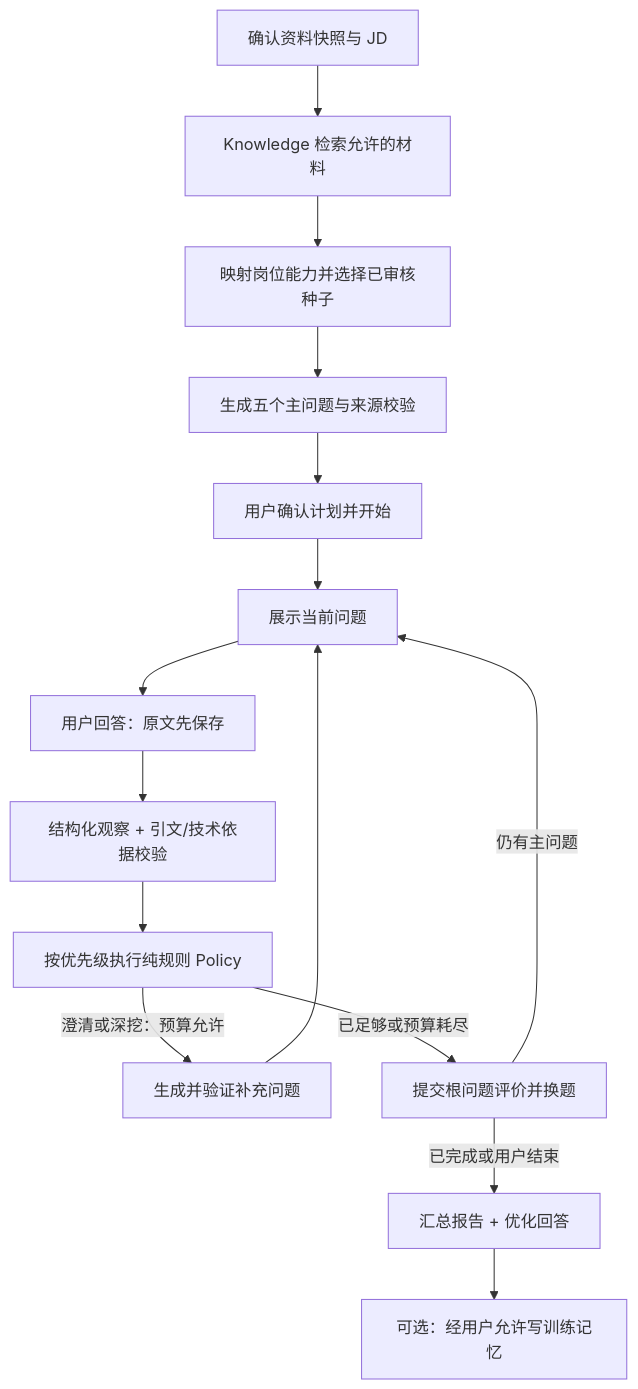
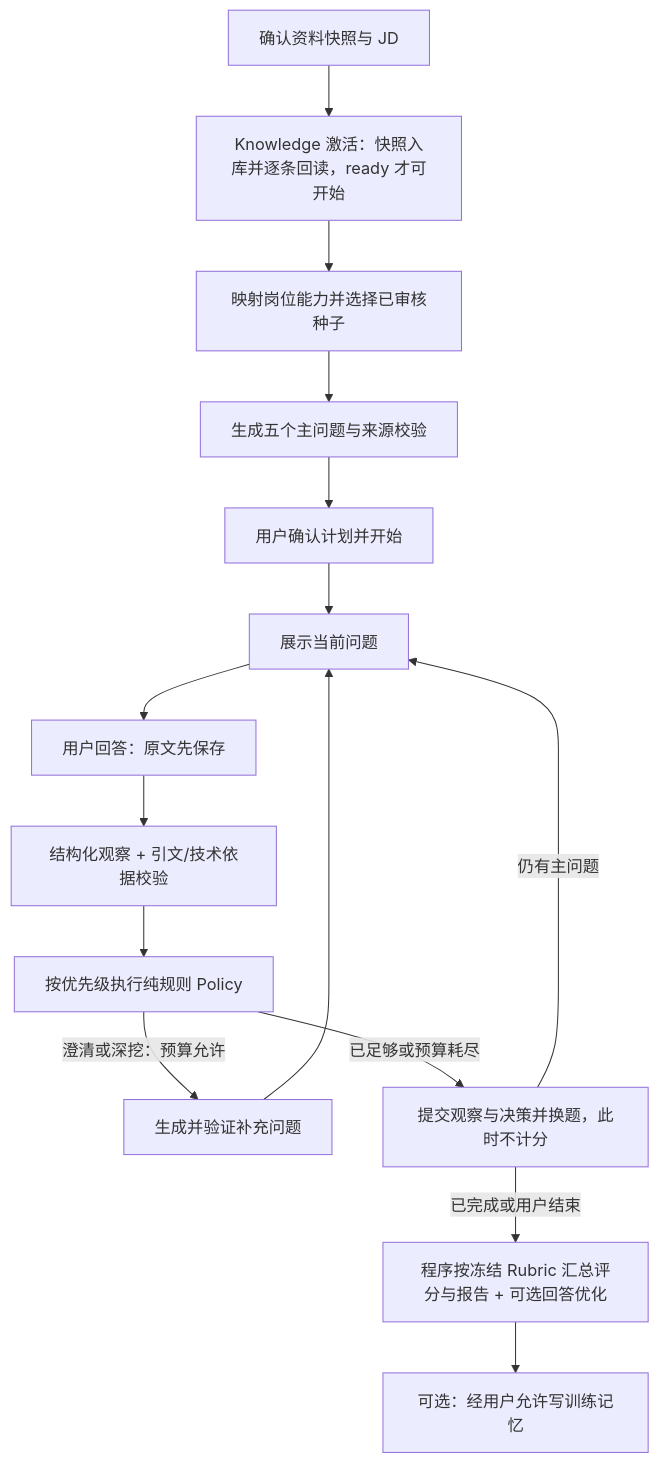
The diagram in docs/04-workflow-policy.md (hongyue0721/zhijue_face), drawn with Mermaid before and after one commit. The commit also changed other lines of this file and 9 other files, not shown here.

First line of the commit message:
docs: align architecture docs with what the code does

````diff
--- a/docs/04-workflow-policy.md
+++ b/docs/04-workflow-policy.md
@@ -7,17 +7,17 @@
 ```mermaid
 flowchart TD
-  A[确认资料快照与 JD] --> B[Knowledge 检索允许的材料]
+  A[确认资料快照与 JD] --> B[Knowledge 激活：快照入库并逐条回读，ready 才可开始]
   B --> C[映射岗位能力并选择已审核种子]
   C --> D[生成五个主问题与来源校验]
   D --> E[用户确认计划并开始]
   E --> F[展示当前问题]
   F --> G[用户回答：原文先保存]
   G --> H[结构化观察 + 引文/技术依据校验]
   H --> I[按优先级执行纯规则 Policy]
   I -->|澄清或深挖：预算允许| J[生成并验证补充问题]
   J --> F
-  I -->|已足够或预算耗尽| K[提交根问题评价并换题]
+  I -->|已足够或预算耗尽| K[提交观察与决策并换题，此时不计分]
   K -->|仍有主问题| F
-  K -->|已完成或用户结束| L[汇总报告 + 优化回答]
+  K -->|已完成或用户结束| L[程序按冻结 Rubric 汇总评分与报告 + 可选回答优化]
   L --> M[可选：经用户允许写训练记忆]
 ```
````
